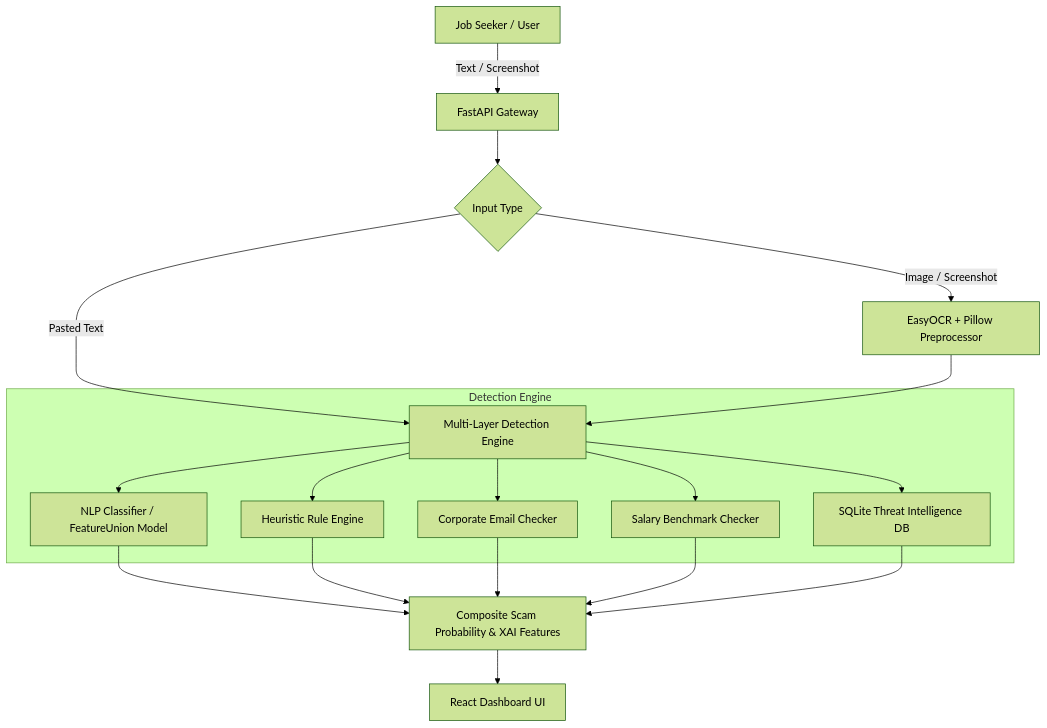
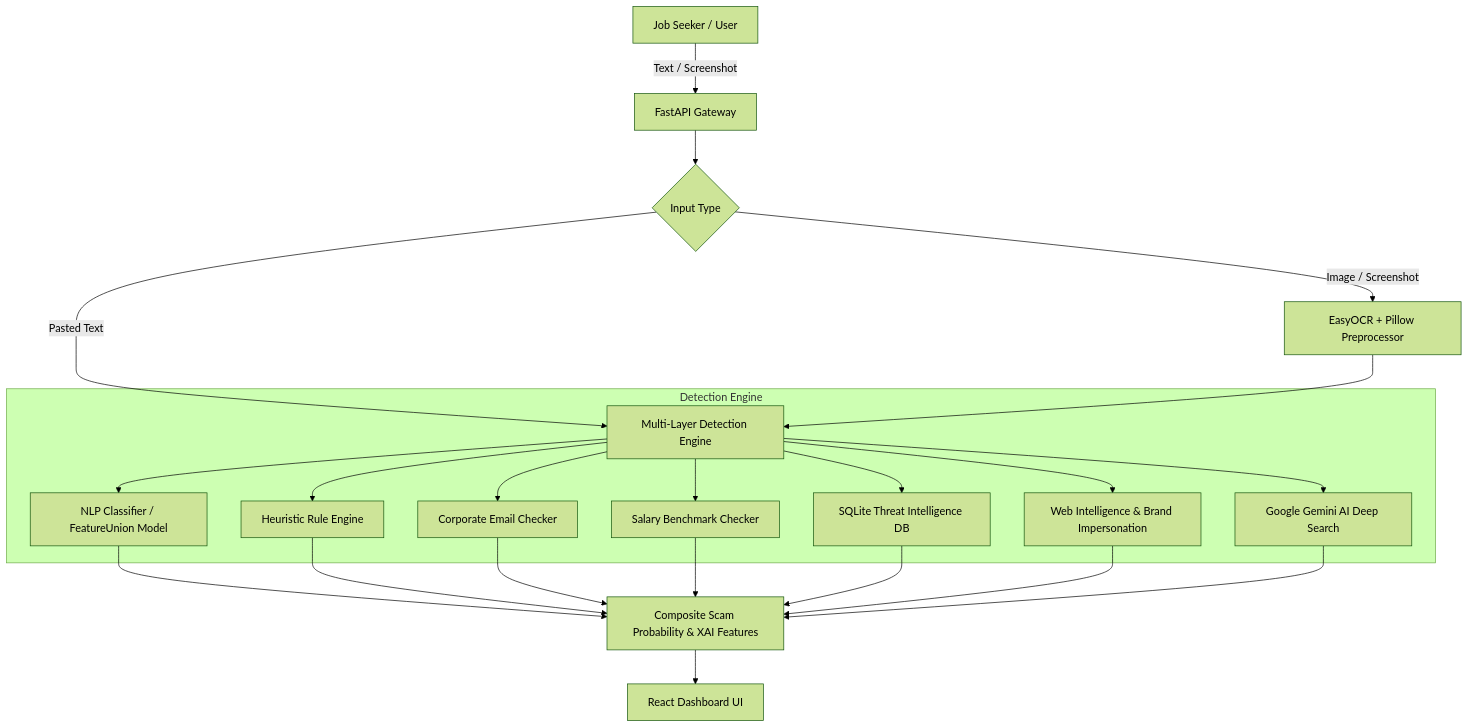
Before and after one commit to UjwalL1605/JobShield-AI: the diagram in README.md, drawn with Mermaid (forest theme). The commit also changed other lines of this file and 24 other files, not shown here.

````diff
--- a/README.md
+++ b/README.md
@@ -92,19 +93,21 @@
 ```mermaid
 graph TD
     A[Job Seeker / User] -->|Text / Screenshot| B[FastAPI Gateway]
     B --> C{Input Type}
     C -->|Image / Screenshot| D[EasyOCR + Pillow Preprocessor]
     C -->|Pasted Text| E[Multi-Layer Detection Engine]
     D --> E
     
     subgraph "Detection Engine"
         E --> F[NLP Classifier / FeatureUnion Model]
         E --> G[Heuristic Rule Engine]
         E --> H[Corporate Email Checker]
         E --> I[Salary Benchmark Checker]
         E --> J[SQLite Threat Intelligence DB]
+        E --> K[Web Intelligence & Brand Impersonation]
+        E --> L[Google Gemini AI Deep Search]
     end
     
-    F & G & H & I & J --> K[Composite Scam Probability & XAI Features]
-    K --> L[React Dashboard UI]
+    F & G & H & I & J & K & L --> M[Composite Scam Probability & XAI Features]
+    M --> N[React Dashboard UI]
 ```
````
